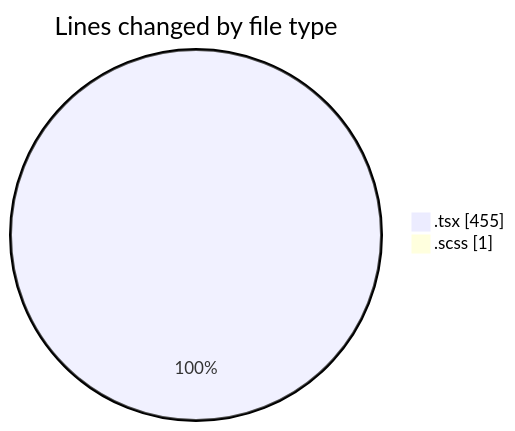
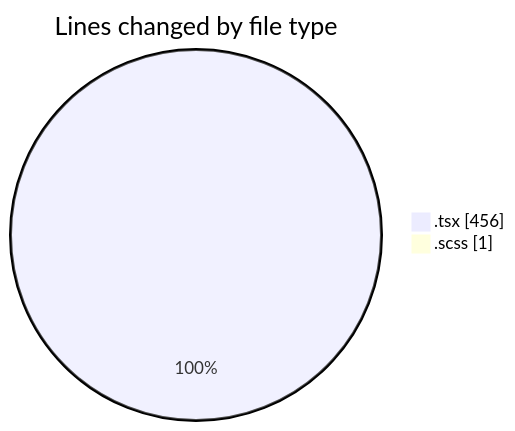
One commit to momahboobian/code-tracking changed the first of 2 diagrams in 2025-03-19/cda/README.md. Above: the diagram before and after it, drawn with Mermaid. The commit also changed other lines of this file and 1 other file, not shown here.

````diff
--- a/2025-03-19/cda/README.md
+++ b/2025-03-19/cda/README.md
@@ -23,6 +23,6 @@
 ```mermaid
 pie showData
 title Lines changed by file type
-".tsx" : 455
+".tsx" : 456
 ".scss" : 1
 ```
````
